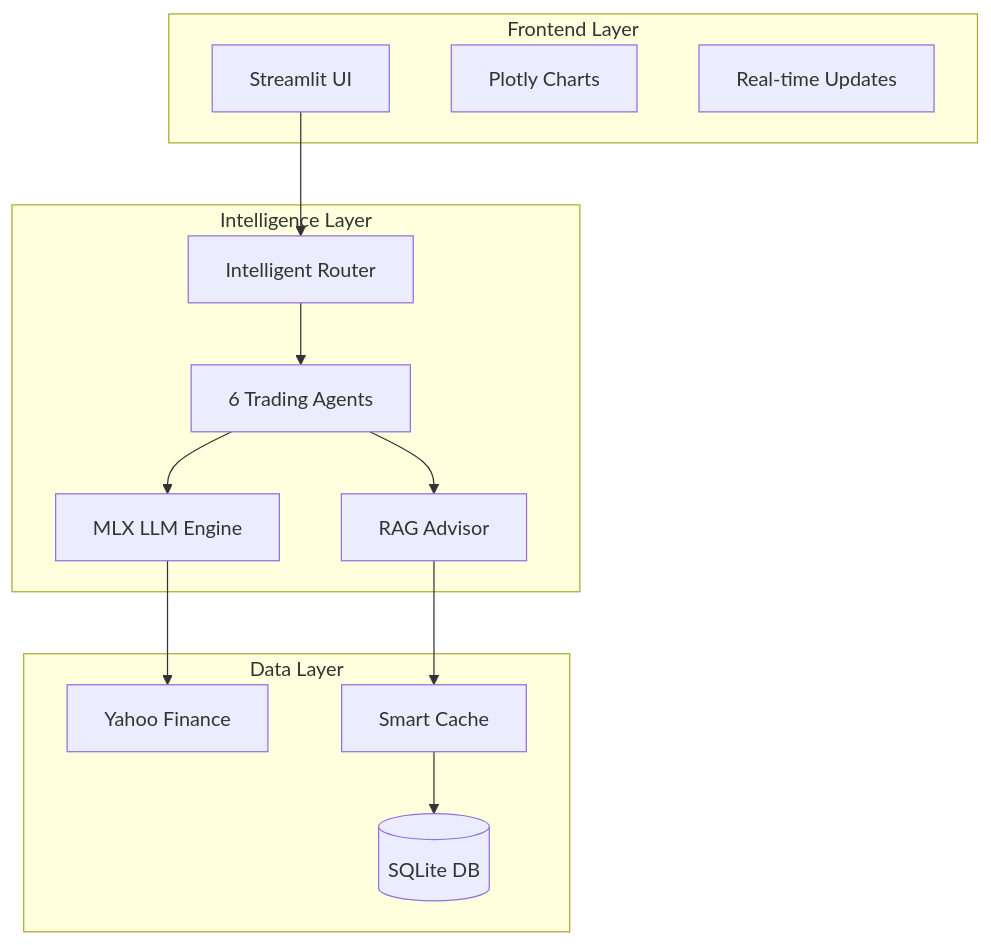
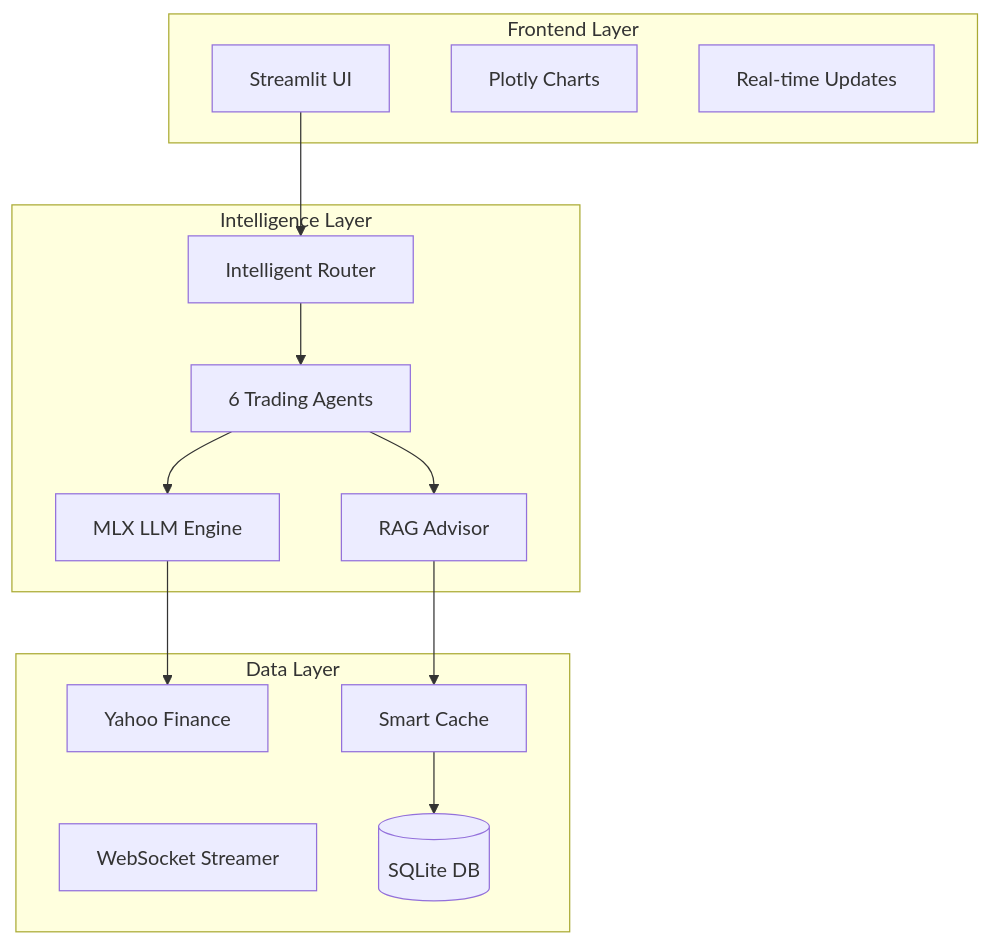
Before and after one commit to yrafique/quantum-consensus-trading: the diagram in README.md, drawn with Mermaid. The commit also changed other lines of this file and 12 other files, not shown here.

First line of the commit message:
feat: Complete WebSocket real-time streaming implementation

````diff
--- a/README.md
+++ b/README.md
@@ -197,29 +202,30 @@
 ```mermaid
 graph TB
     subgraph "Frontend Layer"
         UI[Streamlit UI]
         Charts[Plotly Charts]
         RT[Real-time Updates]
     end
     
     subgraph "Intelligence Layer"
         Router[Intelligent Router]
         Agents[6 Trading Agents]
         MLX[MLX LLM Engine]
         RAG[RAG Advisor]
     end
     
     subgraph "Data Layer"
         YF[Yahoo Finance]
+        WS[WebSocket Streamer]
         Cache[Smart Cache]
         DB[(SQLite DB)]
     end
     
     UI --> Router
     Router --> Agents
     Agents --> MLX
     Agents --> RAG
     MLX --> YF
     RAG --> Cache
     Cache --> DB
 ```
````
